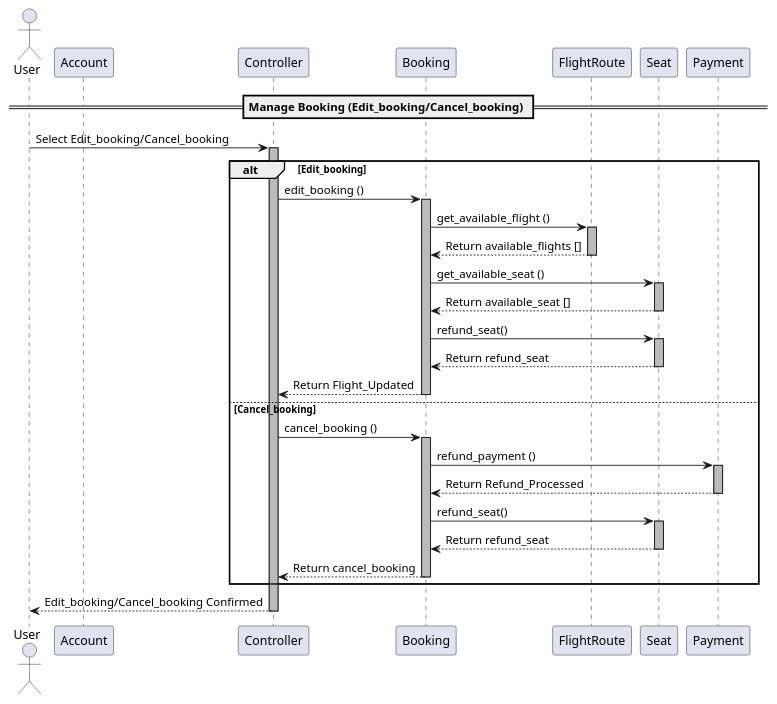
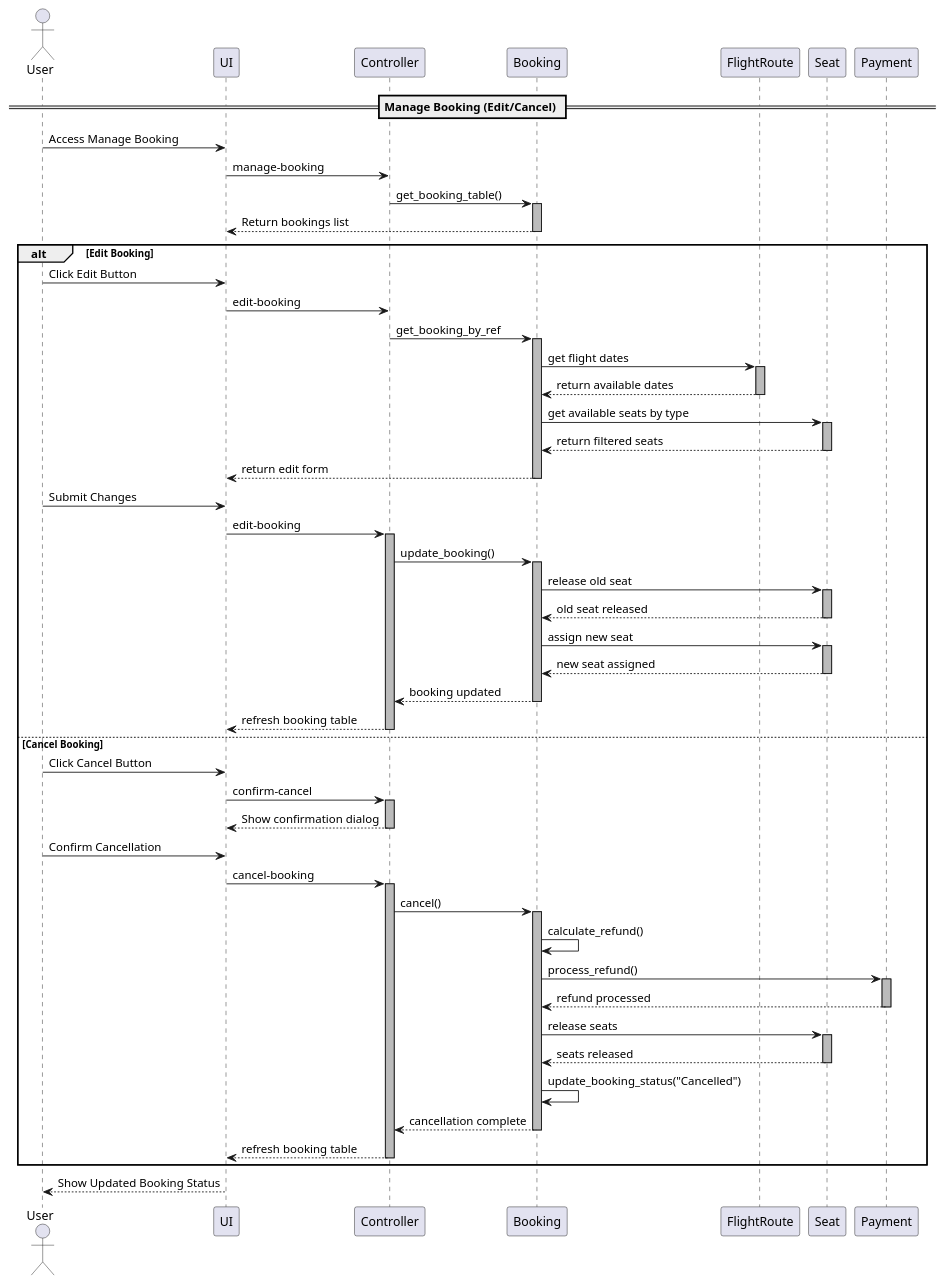
One commit to Nonnnchun/OOP_project changed the diagram in sequenceDiagram/sequenceManagebooking.plantuml. Above: the diagram before and after it, drawn with PlantUML.

Commit message:
Updated sequenceManagebooking

```diff
--- a/sequenceDiagram/sequenceManagebooking.plantuml
+++ b/sequenceDiagram/sequenceManagebooking.plantuml
@@ -1,51 +1,84 @@
-@startuml
+@startuml Manage Booking Flow
+
 actor "User" as user
-participant Account
-participant Controller
-participant Booking
-participant FlightRoute
-participant Seat
-participant Payment
+participant "UI" as frontend
+participant "Controller" as controller
+participant "Booking" as booking
+participant "FlightRoute" as flight
+participant "Seat" as seat
+participant "Payment" as payment
 
-== Manage Booking (Edit_booking/Cancel_booking) ==
+== Manage Booking (Edit/Cancel) ==
 
-user -> Controller: Select Edit_booking/Cancel_booking
-activate Controller #BBBBBB
-alt Edit_booking
-    Controller -> Booking: edit_booking ()
-    activate Booking #BBBBBB
-    Booking -> FlightRoute: get_available_flight ()
-    activate FlightRoute #BBBBBB
-    FlightRoute --> Booking: Return available_flights []
-    deactivate FlightRoute
-    Booking -> Seat:get_available_seat ()
-    activate Seat #BBBBBB
-    Seat --> Booking:Return available_seat []
-    deactivate Seat
-    Booking -> Seat:refund_seat()
-    activate Seat #BBBBBB
-    Seat--> Booking:Return refund_seat
-    deactivate Seat
-    Booking --> Controller: Return Flight_Updated
-    deactivate Booking
+user -> frontend: Access Manage Booking
+frontend -> controller: manage-booking
+controller -> booking: get_booking_table()
+activate booking #BBBBBB
+booking --> frontend: Return bookings list
+deactivate booking
 
-else Cancel_booking
-    Controller -> Booking: cancel_booking ()
-    activate Booking #BBBBBB
-    Booking -> Payment: refund_payment ()
-    activate Payment #BBBBBB
-    Payment --> Booking: Return Refund_Processed
-    deactivate Payment
-    Booking -> Seat:refund_seat()
-    activate Seat #BBBBBB
-    Seat--> Booking:Return refund_seat
-    deactivate Seat
-    Booking --> Controller: Return cancel_booking
+alt Edit Booking
+    user -> frontend: Click Edit Button
+    frontend -> controller: edit-booking
+    controller -> booking: get_booking_by_ref
+    activate booking #BBBBBB
+    booking -> flight: get flight dates
+    activate flight #BBBBBB
+    flight --> booking: return available dates
+    deactivate flight
+    booking -> seat: get available seats by type
+    activate seat #BBBBBB
+    seat --> booking: return filtered seats 
+    deactivate seat 
+    booking --> frontend: return edit form
+    deactivate booking
 
-    deactivate Booking
+    user -> frontend: Submit Changes
+    frontend -> controller: edit-booking
+    activate controller #BBBBBB
+    controller -> booking: update_booking()
+    activate booking #BBBBBB
+    booking -> seat: release old seat
+    activate seat #BBBBBB
+    seat --> booking: old seat released
+    deactivate seat
+    booking -> seat: assign new seat
+    activate seat #BBBBBB
+    seat --> booking: new seat assigned
+    deactivate seat
+    booking --> controller: booking updated
+    deactivate booking
+    controller --> frontend: refresh booking table
+    deactivate controller
+
+else Cancel Booking
+    user -> frontend: Click Cancel Button
+    frontend -> controller: confirm-cancel
+    activate controller #BBBBBB
+    controller --> frontend: Show confirmation dialog
+    deactivate controller
+    user -> frontend: Confirm Cancellation
+    frontend -> controller: cancel-booking
+    activate controller #BBBBBB
+    controller -> booking: cancel()
+    activate booking #BBBBBB
+    booking -> booking: calculate_refund()
+    booking -> payment: process_refund()
+    activate payment #BBBBBB
+    payment --> booking: refund processed
+    deactivate payment
+    booking -> seat: release seats
+    activate seat #BBBBBB
+    seat --> booking: seats released
+    deactivate seat
+    booking -> booking: update_booking_status("Cancelled")
+    booking --> controller: cancellation complete
+    deactivate booking
+    controller --> frontend: refresh booking table
+    deactivate controller
 
 end
 
-Controller -->user: Edit_booking/Cancel_booking Confirmed
-deactivate Controller
-@enduml 
+frontend --> user: Show Updated Booking Status
+
+@enduml
```
